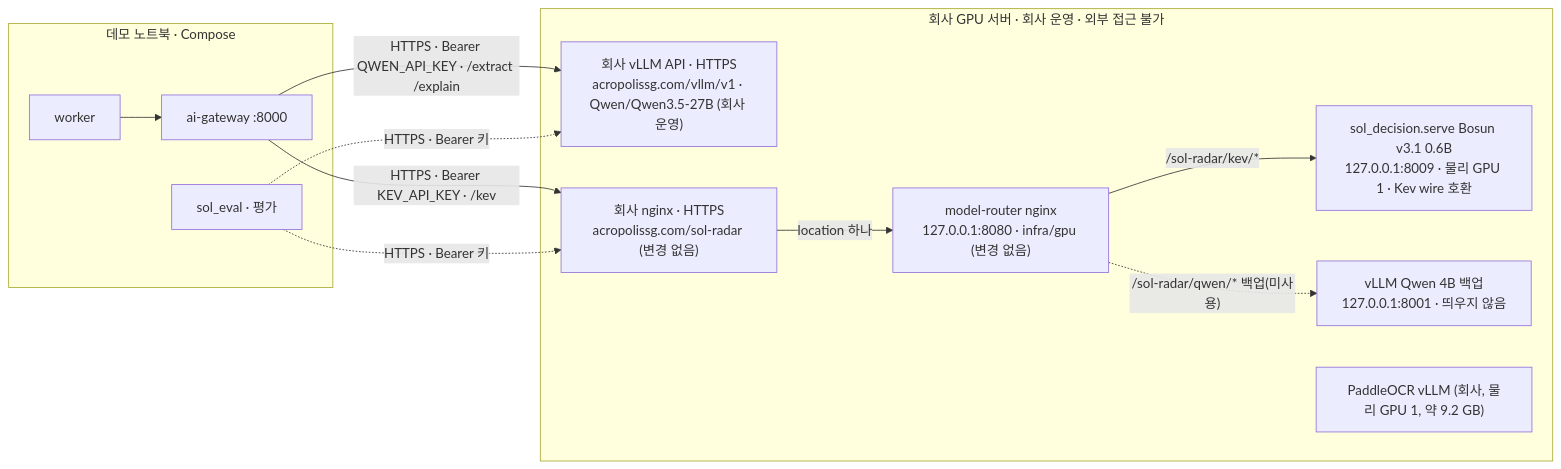
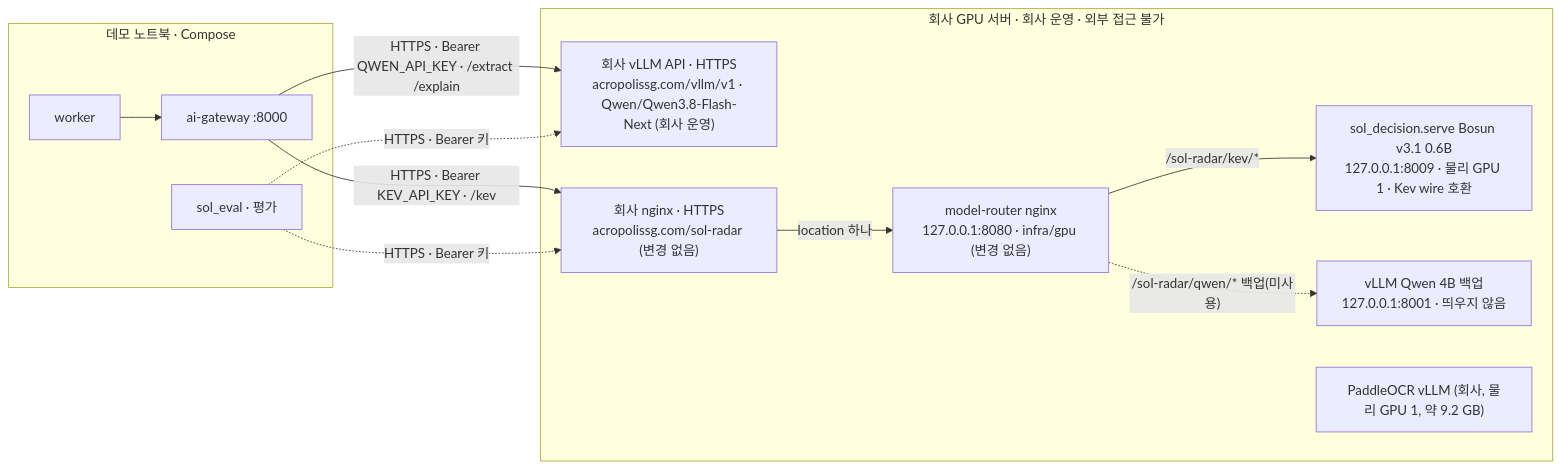
The diagram in docs/10-DEPLOYMENT.md (solideoai/sol-radar), drawn with Mermaid before and after one commit. The commit also changed other lines of this file and 19 other files, not shown here.

First line of the commit message:
docs: 추출·설명 모델을 Qwen3.8-Flash-Next 로 교체

````diff
--- a/docs/10-DEPLOYMENT.md
+++ b/docs/10-DEPLOYMENT.md
@@ -114,19 +114,19 @@
 ```mermaid
 flowchart LR
  subgraph LAPTOP[데모 노트북 · Compose]
   W[worker] --> G[ai-gateway :8000]
   E[sol_eval · 평가]
  end
  subgraph GPU["회사 GPU 서버 · 회사 운영 · 외부 접근 불가"]
-  V["회사 vLLM API · HTTPS<br/>acropolissg.com/vllm/v1 · Qwen/Qwen3.5-27B (회사 운영)"]
+  V["회사 vLLM API · HTTPS<br/>acropolissg.com/vllm/v1 · Qwen/Qwen3.8-Flash-Next (회사 운영)"]
   EP["회사 nginx · HTTPS<br/>acropolissg.com/sol-radar (변경 없음)"]
   EP -- "location 하나" --> RT["model-router nginx<br/>127.0.0.1:8080 · infra/gpu (변경 없음)"]
   RT -- "/sol-radar/kev/*" --> K["sol_decision.serve Bosun v3.1 0.6B<br/>127.0.0.1:8009 · 물리 GPU 1 · Kev wire 호환"]
   RT -. "/sol-radar/qwen/* 백업(미사용)" .-> Q["vLLM Qwen 4B 백업<br/>127.0.0.1:8001 · 띄우지 않음"]
   P["PaddleOCR vLLM (회사, 물리 GPU 1, 약 9.2 GB)"]
  end
  G -- "HTTPS · Bearer QWEN_API_KEY · /extract /explain" --> V
  G -- "HTTPS · Bearer KEV_API_KEY · /kev" --> EP
  E -. "HTTPS · Bearer 키" .-> V
  E -. "HTTPS · Bearer 키" .-> EP
 ```
````
